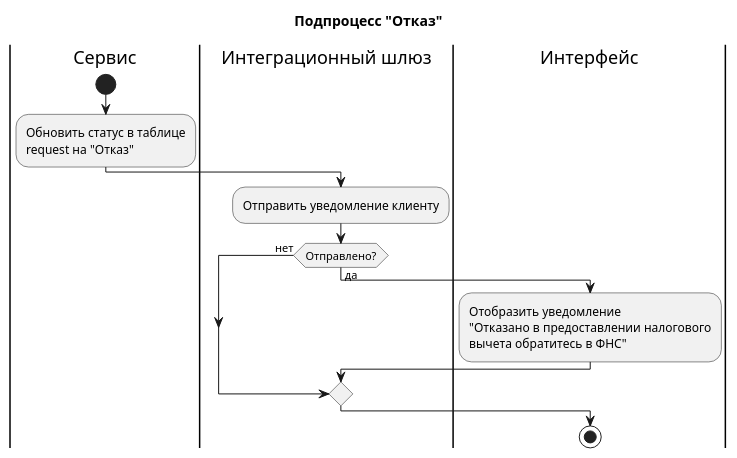
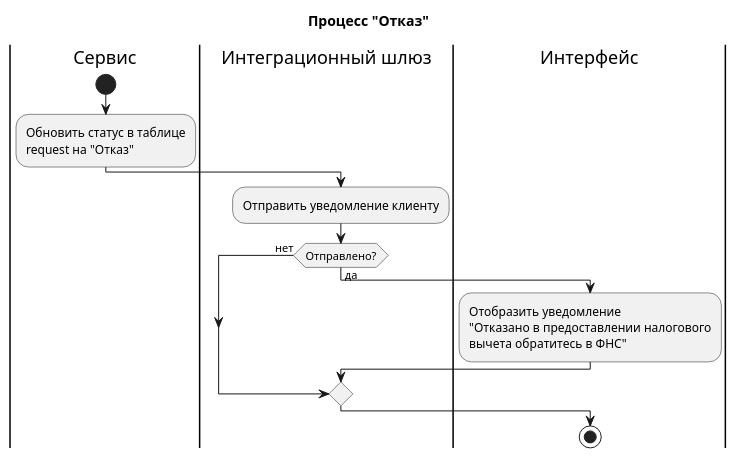
Before and after one commit to malikovav001-maker/nalog: the third of 4 diagrams in Activity Diagram- социальный вычет за обучение.md, drawn with PlantUML. The commit also changed other lines of this file, not shown here.

Commit message:
Обновлена диаграмма активности для процесса налогового вычета за обучение

````diff
--- a/Activity Diagram- социальный вычет за обучение.md
+++ b/Activity Diagram- социальный вычет за обучение.md
@@ -359,20 +333,20 @@
 ```plantuml
 @startuml диаграмма деятельности
-title Подпроцесс "Отказ"
+title Процесс "Отказ"
 |Сервис|
 start
-            :Обновить статус в таблице\nrequest на "Отказ";
+    :Обновить статус в таблице\nrequest на "Отказ";
 
-            |Интеграционный шлюз|
-            :Отправить уведомление клиенту;
+    |Интеграционный шлюз|
+    :Отправить уведомление клиенту;
             
-            if (Отправлено?) then (да)
+    if (Отправлено?) then (да)
 
-            |Интерфейс|
-            :Отобразить уведомление \n"Отказано в предоставлении налогового\nвычета обратитесь в ФНС";
+        |Интерфейс|
+        :Отобразить уведомление \n"Отказано в предоставлении налогового\nвычета обратитесь в ФНС";
 
-            else (нет)
-            endif
+    else (нет)
+    endif
 stop
 @enduml
 ```
````
